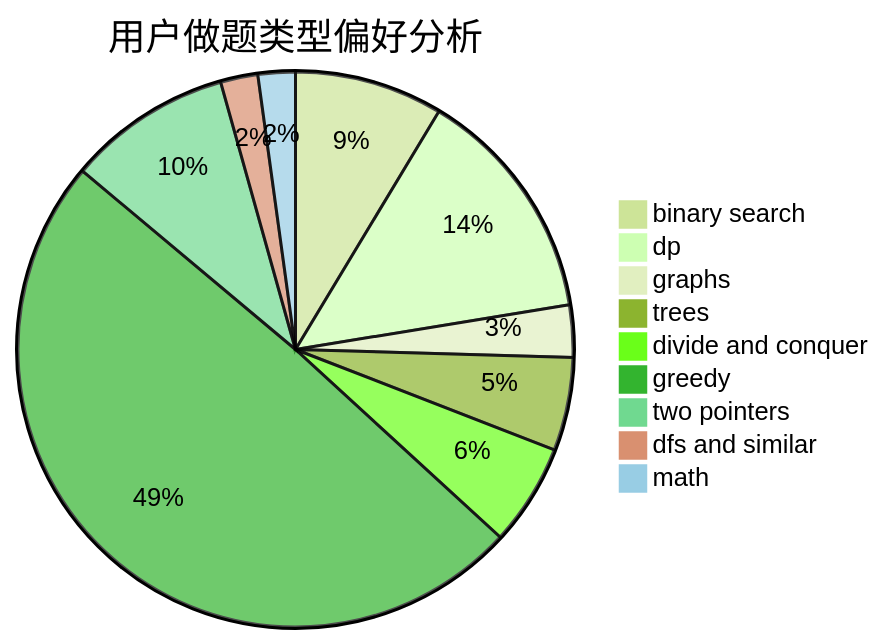
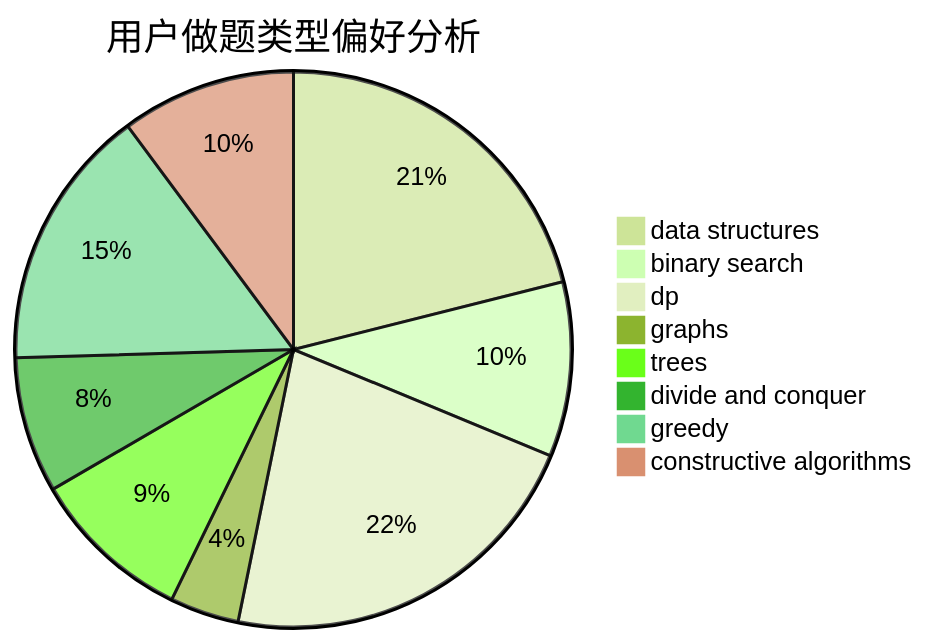
Before and after one commit to sherpahu/cfrs.github.io: the second of 3 diagrams in docs/user/u408.md, drawn with Mermaid (forest theme). The commit also changed other lines of this file and 2775 other files, not shown here.

````diff
--- a/docs/user/u408.md
+++ b/docs/user/u408.md
@@ -23,12 +23,11 @@
 ```mermaid
 pie title 用户做题类型偏好分析
-    "binary search" :  159
-    "dp" :  254
-    "graphs" :  56
-    "trees" :  100
-    "divide and conquer" :  109
-    "greedy" :  908
-    "two pointers" :  176
-    "dfs and similar" :  40
-    "math" :  40
+    "data structures" :  168
+    "binary search" :  81
+    "dp" :  175
+    "graphs" :  32
+    "trees" :  75
+    "divide and conquer" :  63
+    "greedy" :  122
+    "constructive algorithms" :  81
 ```
````
